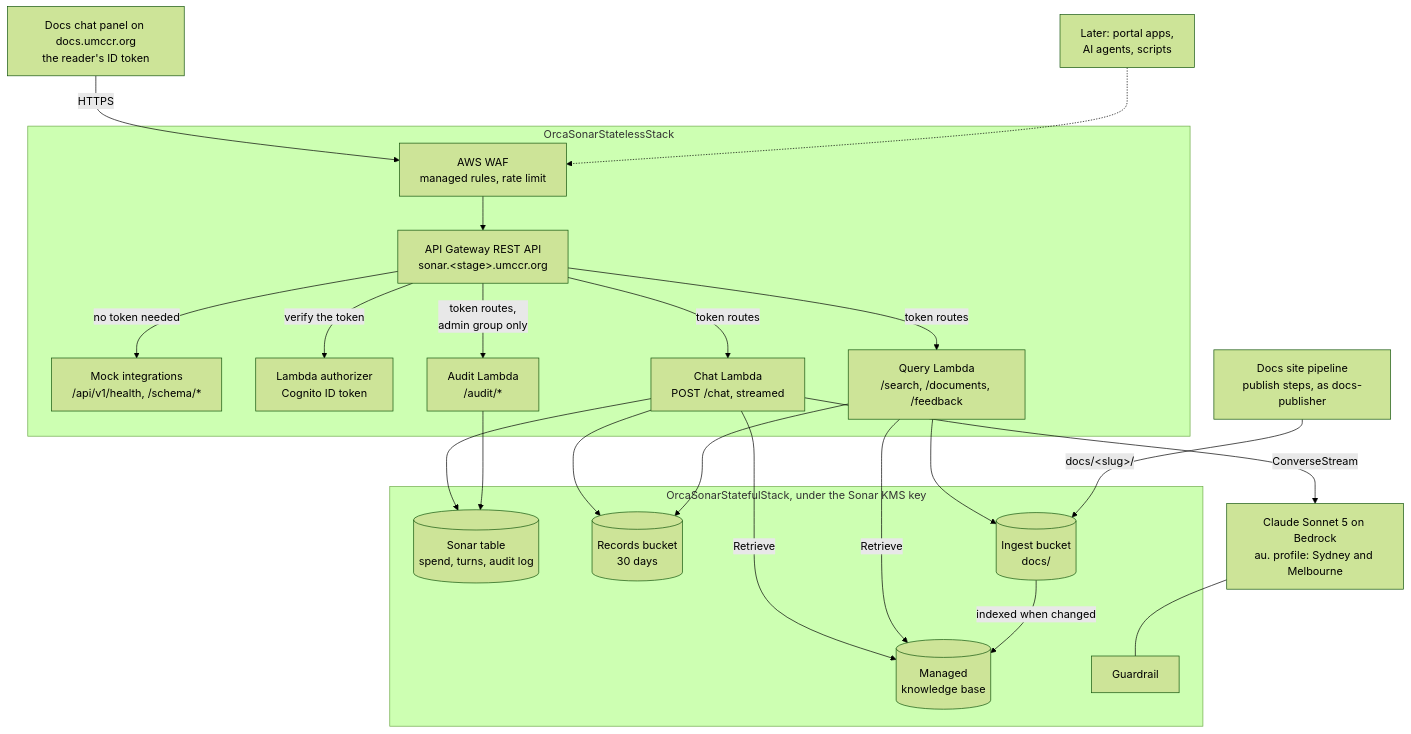
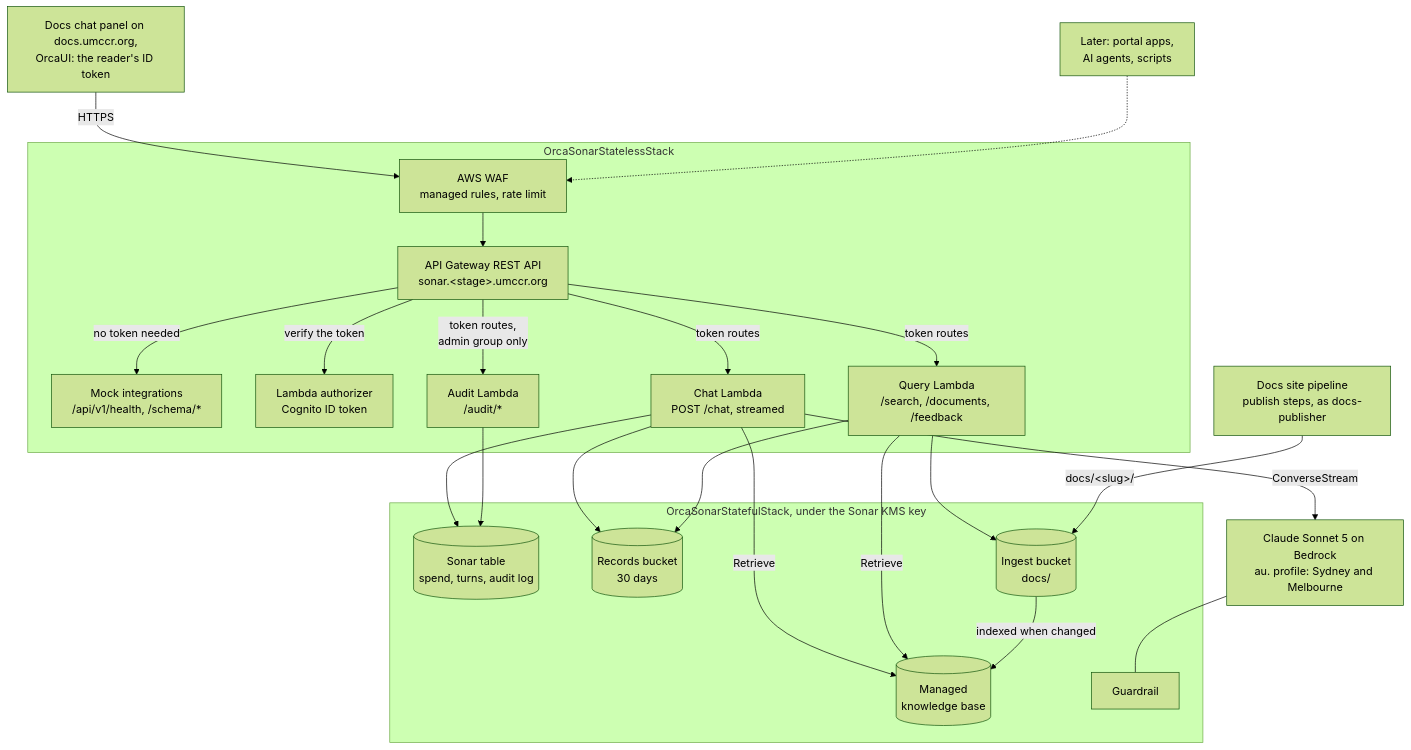
Before and after one commit to umccr/orcasonar: the first of 7 diagrams in docs/design.md, drawn with Mermaid (forest theme). The commit also changed other lines of this file and 21 other files, not shown here.

````diff
--- a/docs/design.md
+++ b/docs/design.md
@@ -56,37 +56,37 @@
 ```mermaid
 flowchart TB
-    panel["Docs chat panel on docs.umccr.org<br/>the reader's ID token"]
+    panel["Docs chat panel on docs.umccr.org,<br/>OrcaUI: the reader's ID token"]
     later["Later: portal apps,<br/>AI agents, scripts"]
 
     subgraph stateless["OrcaSonarStatelessStack"]
         waf["AWS WAF<br/>managed rules, rate limit"] --> api["API Gateway REST API<br/>sonar.#lt;stage#gt;.umccr.org"]
         api -- "no token needed" --> mock["Mock integrations<br/>/api/v1/health, /schema/*"]
         api -- "verify the token" --> authz["Lambda authorizer<br/>Cognito ID token"]
         api -- "token routes" --> chat["Chat Lambda<br/>POST /chat, streamed"]
         api -- "token routes" --> query["Query Lambda<br/>/search, /documents, /feedback"]
         api -- "token routes,<br/>admin group only" --> audit["Audit Lambda<br/>/audit/*"]
     end
 
     subgraph stateful["OrcaSonarStatefulStack, under the Sonar KMS key"]
         table[("Sonar table<br/>spend, turns, audit log")]
         records[("Records bucket<br/>30 days")]
         kb[("Managed<br/>knowledge base")]
         ingest[("Ingest bucket<br/>docs/")]
         guardrail["Guardrail"]
     end
 
     claude["Claude Sonnet 5 on Bedrock<br/>au. profile: Sydney and Melbourne"]
     publish["Docs site pipeline<br/>publish steps, as docs-publisher"]
 
     panel -- "HTTPS" --> waf
     later -.-> waf
     chat --> table & records
     chat -- "Retrieve" --> kb
     chat -- "ConverseStream" --> claude
     claude --- guardrail
     query -- "Retrieve" --> kb
     query --> ingest & records
     audit --> table
     publish -- "docs/#lt;slug#gt;/" --> ingest
     ingest -- "indexed when changed" --> kb
 ```
````
